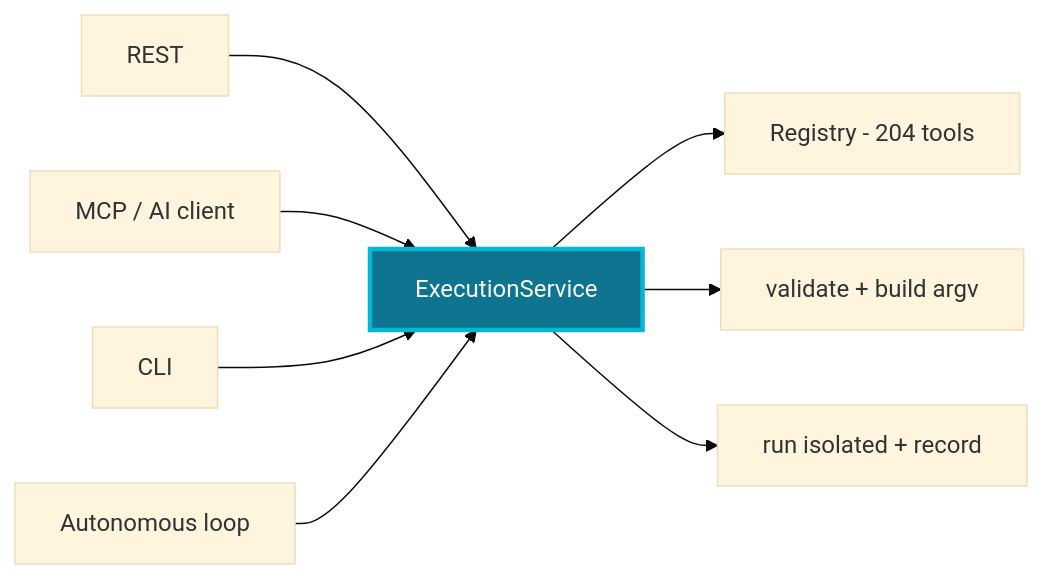
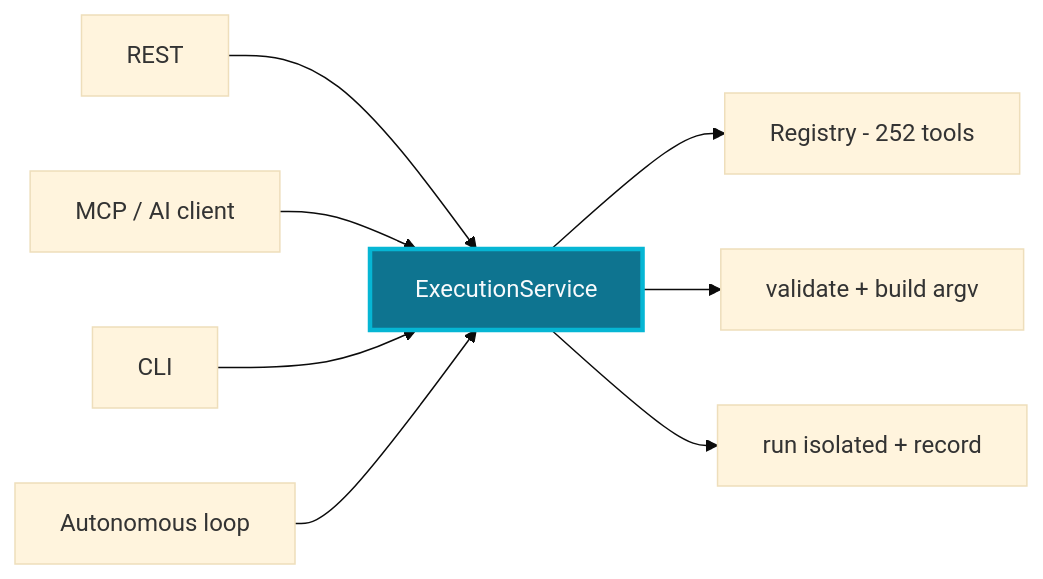
Before and after one commit to Arseno25/nexhunter: the diagram in README.md, drawn with Mermaid (base theme). The commit also changed other lines of this file and 8 other files, not shown here.

First line of the commit message:
Expand registry to 252 tools, add browser agent with graceful fallback

````diff
--- a/README.md
+++ b/README.md
@@ -32,11 +32,11 @@
 ```mermaid
 flowchart LR
     A[REST] --> E[ExecutionService]
     B[MCP / AI client] --> E
     C[CLI] --> E
     D[Autonomous loop] --> E
-    E --> R[Registry - 204 tools]
+    E --> R[Registry - 252 tools]
     E --> G[validate + build argv]
     E --> S[run isolated + record]
     style E fill:#0e7490,stroke:#06b6d4,stroke-width:3px,color:#f8fafc
 ```
````
